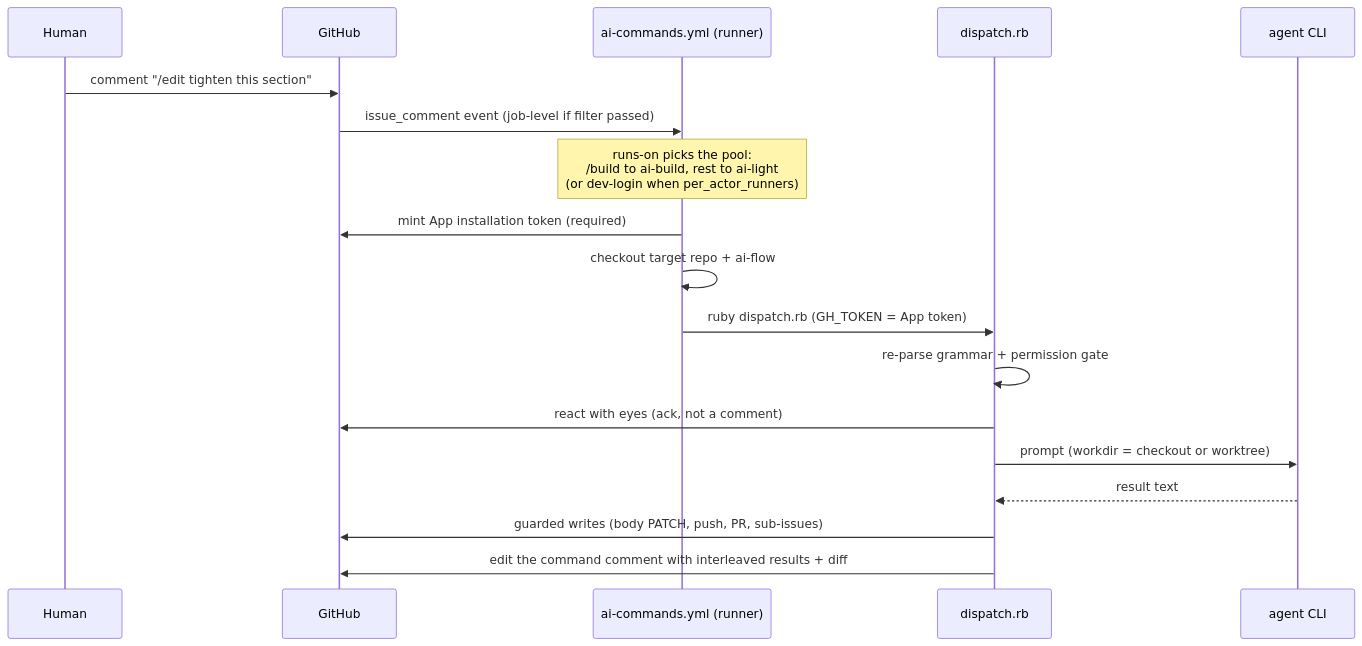
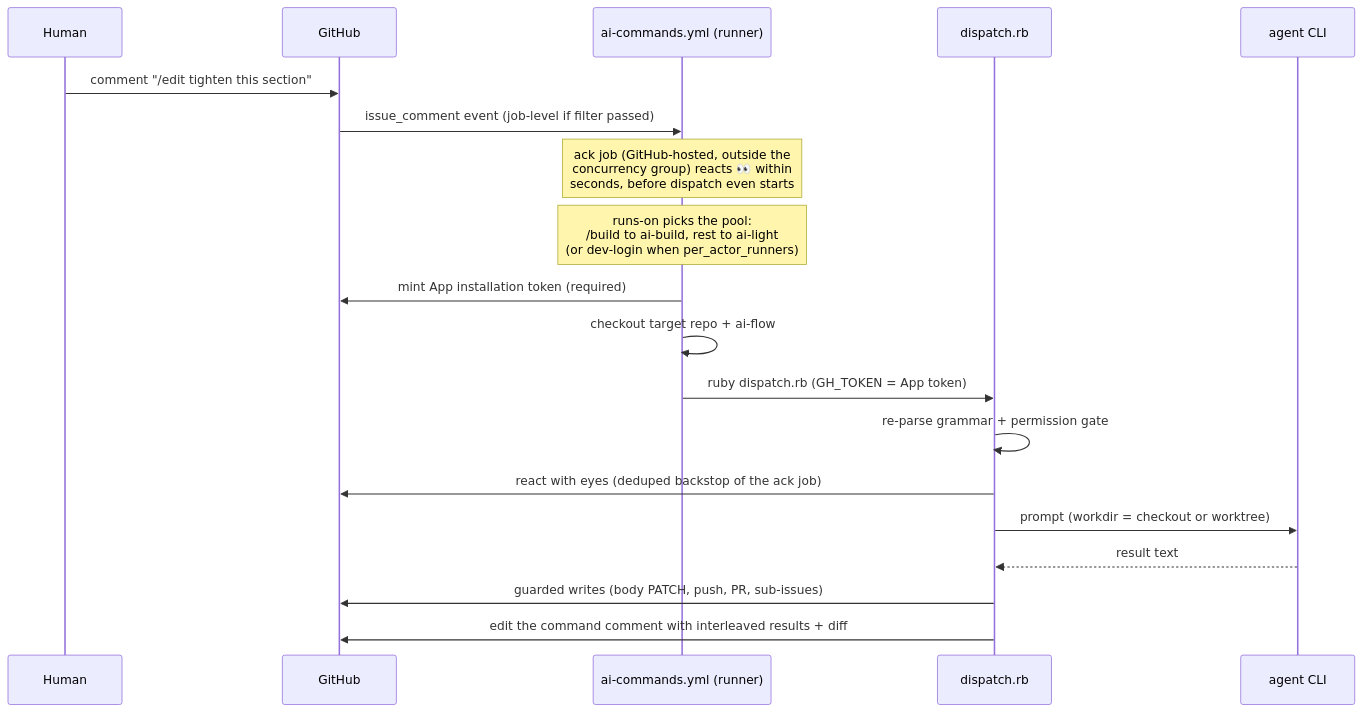
The second of 5 diagrams in docs/architecture.md (d3mlabs/ai-flow), drawn with Mermaid before and after one commit. The commit also changed 1 other file, not shown here.

Commit message:
Acknowledge commands within seconds via a parallel hosted ack job
The dispatcher's 👀 lags behind runner pickup, two checkouts, and the
per-issue concurrency queue — a command posted behind a long /build got
no acknowledgment until its turn. A minimal ack job on GitHub-hosted
runners (outside the concurrency group, free on public repos) reacts
within seconds; it mints the App token so the identity matches the
dispatcher's own ack and the reactions API dedupes instead of showing
👀 2. Reaction failures warn instead of going red — the dispatcher acks
again as a backstop.

````diff
--- a/docs/architecture.md
+++ b/docs/architecture.md
@@ -65,21 +65,22 @@
 ```mermaid
 sequenceDiagram
     participant Human
     participant GitHub
     participant Workflow as ai-commands.yml (runner)
     participant Dispatcher as dispatch.rb
     participant Agent as agent CLI
 
     Human->>GitHub: comment "/edit tighten this section"
     GitHub->>Workflow: issue_comment event (job-level if filter passed)
+    Note over Workflow: ack job (GitHub-hosted, outside the<br/>concurrency group) reacts 👀 within<br/>seconds, before dispatch even starts
     Note over Workflow: runs-on picks the pool:<br/>/build to ai-build, rest to ai-light<br/>(or dev-login when per_actor_runners)
     Workflow->>GitHub: mint App installation token (required)
     Workflow->>Workflow: checkout target repo + ai-flow
     Workflow->>Dispatcher: ruby dispatch.rb (GH_TOKEN = App token)
     Dispatcher->>Dispatcher: re-parse grammar + permission gate
-    Dispatcher->>GitHub: react with eyes (ack, not a comment)
+    Dispatcher->>GitHub: react with eyes (deduped backstop of the ack job)
     Dispatcher->>Agent: prompt (workdir = checkout or worktree)
     Agent-->>Dispatcher: result text
     Dispatcher->>GitHub: guarded writes (body PATCH, push, PR, sub-issues)
     Dispatcher->>GitHub: edit the command comment with interleaved results + diff
 ```
````
